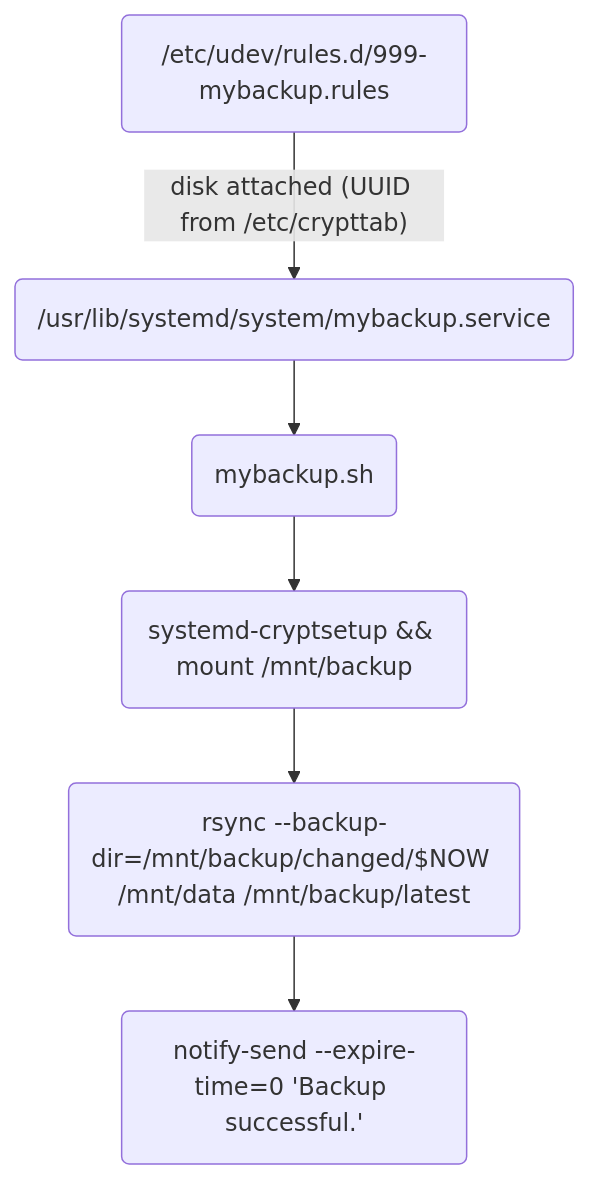
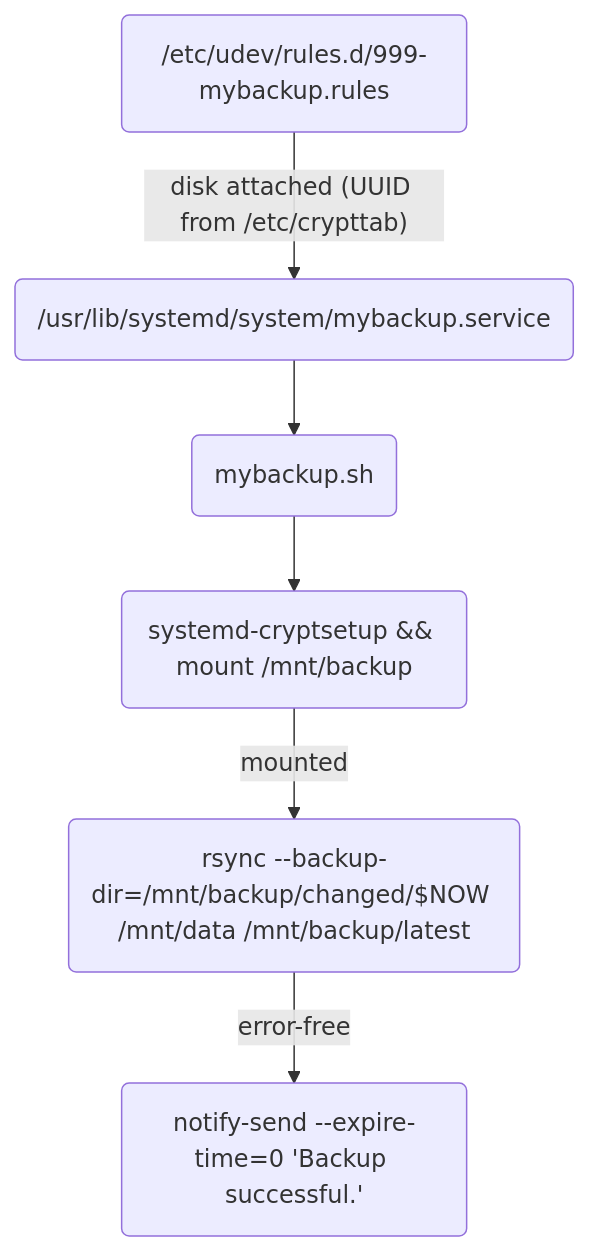
The diagram in README.md (andre-st/dotfiles), drawn with Mermaid before and after one commit.

Commit message:
Improve backup flowchart

````diff
--- a/README.md
+++ b/README.md
@@ -259,16 +259,16 @@
 ```mermaid
 flowchart TD
 
 	udev("/etc/udev/rules.d/999-mybackup.rules")
 	service("/usr/lib/systemd/system/mybackup.service")
 	sh("mybackup.sh")
 	mount("systemd-cryptsetup && mount /mnt/backup")
 	rsync("rsync --backup-dir=/mnt/backup/changed/$NOW /mnt/data /mnt/backup/latest")
 	notify("notify-send --expire-time=0 'Backup successful.'")
 
 	udev-- "disk attached (UUID from /etc/crypttab)" -->service
 	service-->sh
 	sh-->mount
-	mount-->rsync
-	rsync-->notify
+	mount-- "mounted" -->rsync
+	rsync-- "error-free" -->notify
 ```
````
